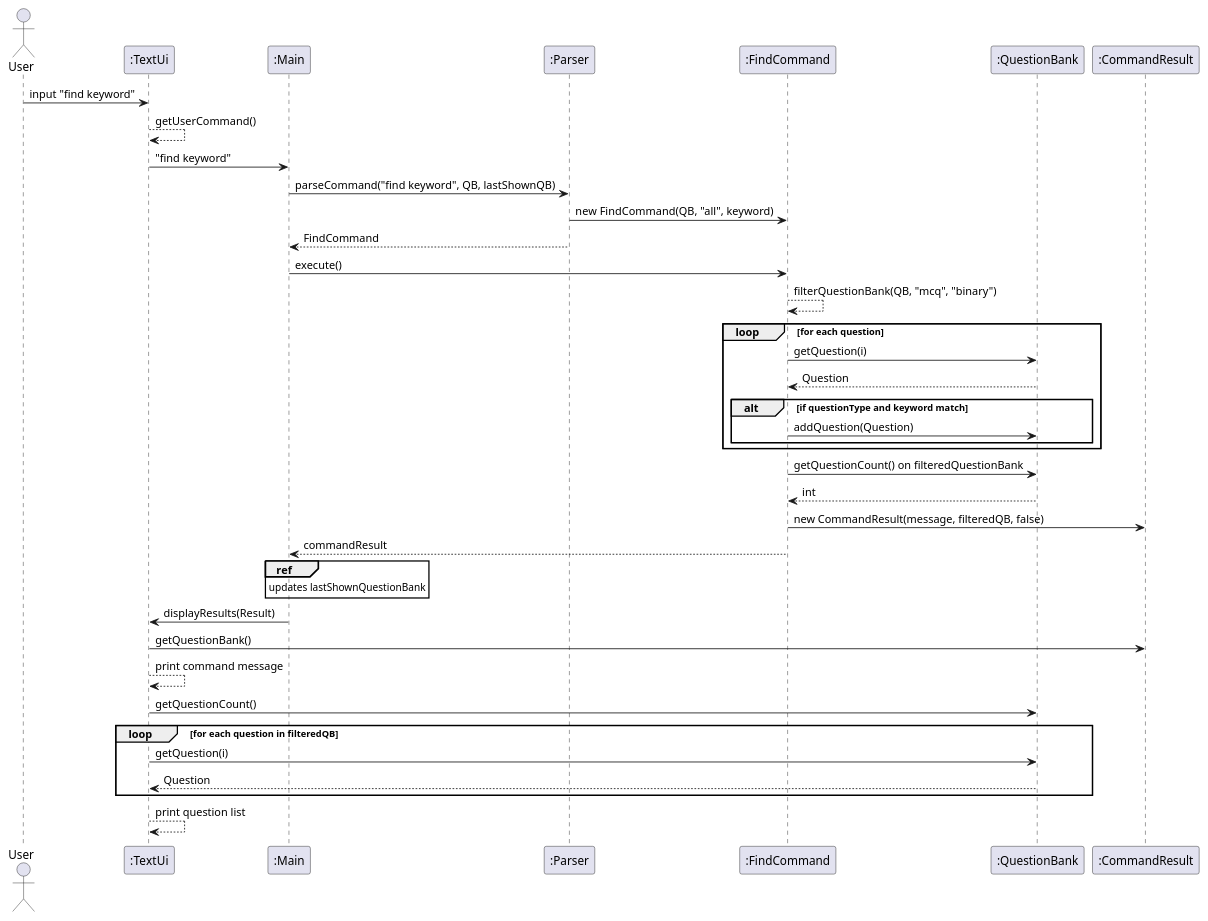
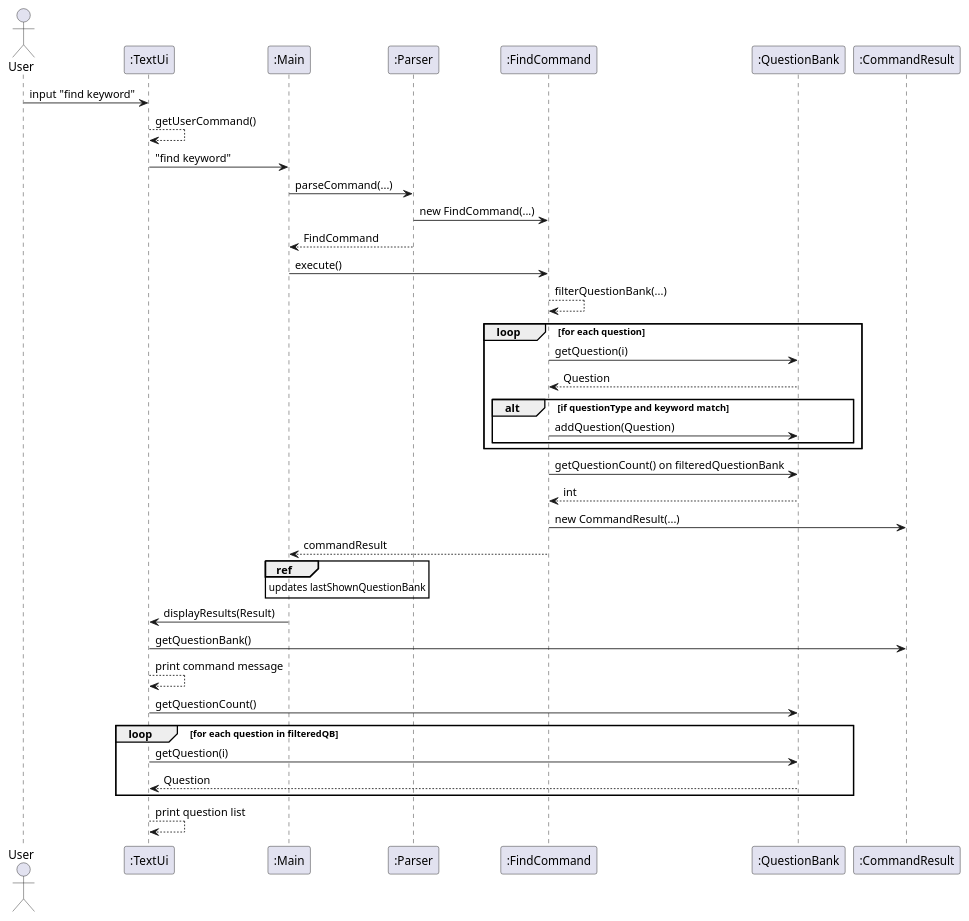
Before and after one commit to tongkiankiat/tp: the diagram in docs/diagrams/sequence/Find.puml, drawn with PlantUML. The commit also changed 3 other files, not shown here.

Commit message:
Updates Find and List sequence diagrams

```diff
--- a/docs/diagrams/sequence/Find.puml
+++ b/docs/diagrams/sequence/Find.puml
@@ -1,46 +1,46 @@
 @startuml
 actor User
 participant ":TextUi" as UI
 participant ":Main" as Main
 participant ":Parser" as Parser
 participant ":FindCommand" as FindCmd
 participant ":QuestionBank" as QB
 participant ":CommandResult" as Result
 
 User -> UI : input "find keyword"
 UI --> UI : getUserCommand()
 UI -> Main : "find keyword"
 
-Main -> Parser : parseCommand("find keyword", QB, lastShownQB)
-Parser -> FindCmd : new FindCommand(QB, "all", keyword)
+Main -> Parser : parseCommand(...)
+Parser -> FindCmd : new FindCommand(...)
 Parser --> Main : FindCommand
 
 Main -> FindCmd : execute()
-FindCmd --> FindCmd : filterQuestionBank(QB, "mcq", "binary")
+FindCmd --> FindCmd : filterQuestionBank(...)
 loop for each question
     FindCmd -> QB : getQuestion(i)
     QB --> FindCmd : Question
     alt if questionType and keyword match
         FindCmd -> QB : addQuestion(Question)
     end
 end
 
 FindCmd -> QB : getQuestionCount() on filteredQuestionBank
 QB --> FindCmd : int
-FindCmd -> Result : new CommandResult(message, filteredQB, false)
+FindCmd -> Result : new CommandResult(...)
 FindCmd --> Main : commandResult
 
 ref over Main
 updates lastShownQuestionBank
 end ref
 
 Main -> UI : displayResults(Result)
 UI -> Result : getQuestionBank()
 UI --> UI: print command message
 UI -> QB : getQuestionCount()
 loop for each question in filteredQB
     UI -> QB : getQuestion(i)
     QB --> UI : Question
 end
 UI --> UI : print question list
 @enduml
```
